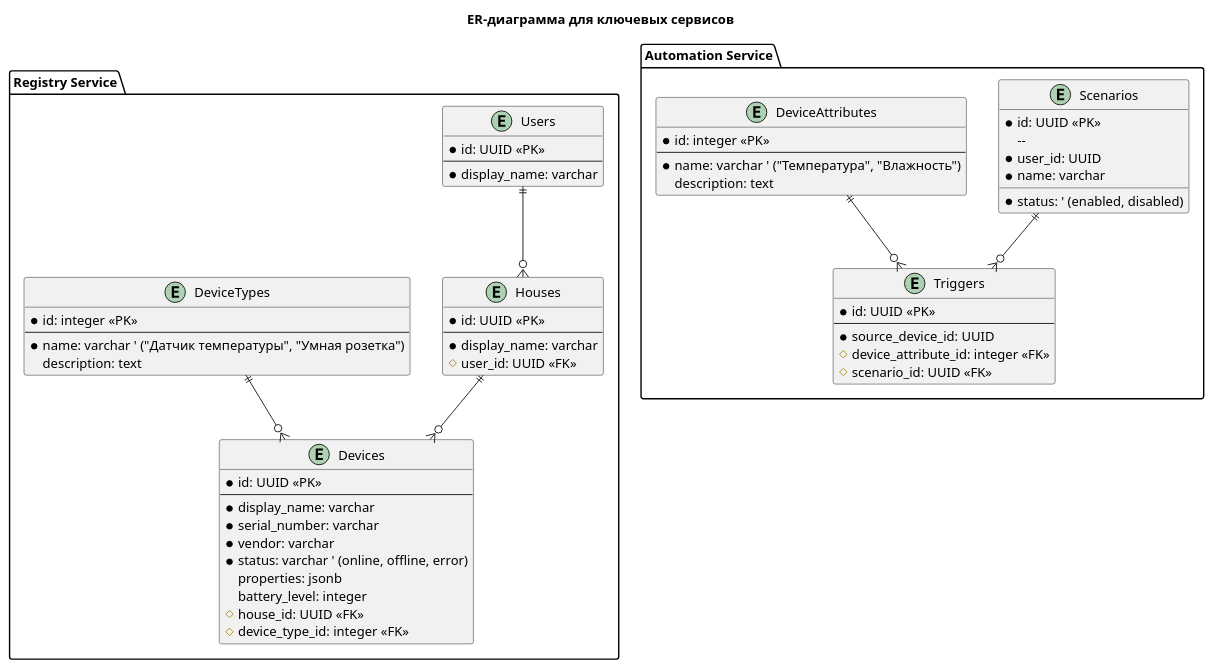
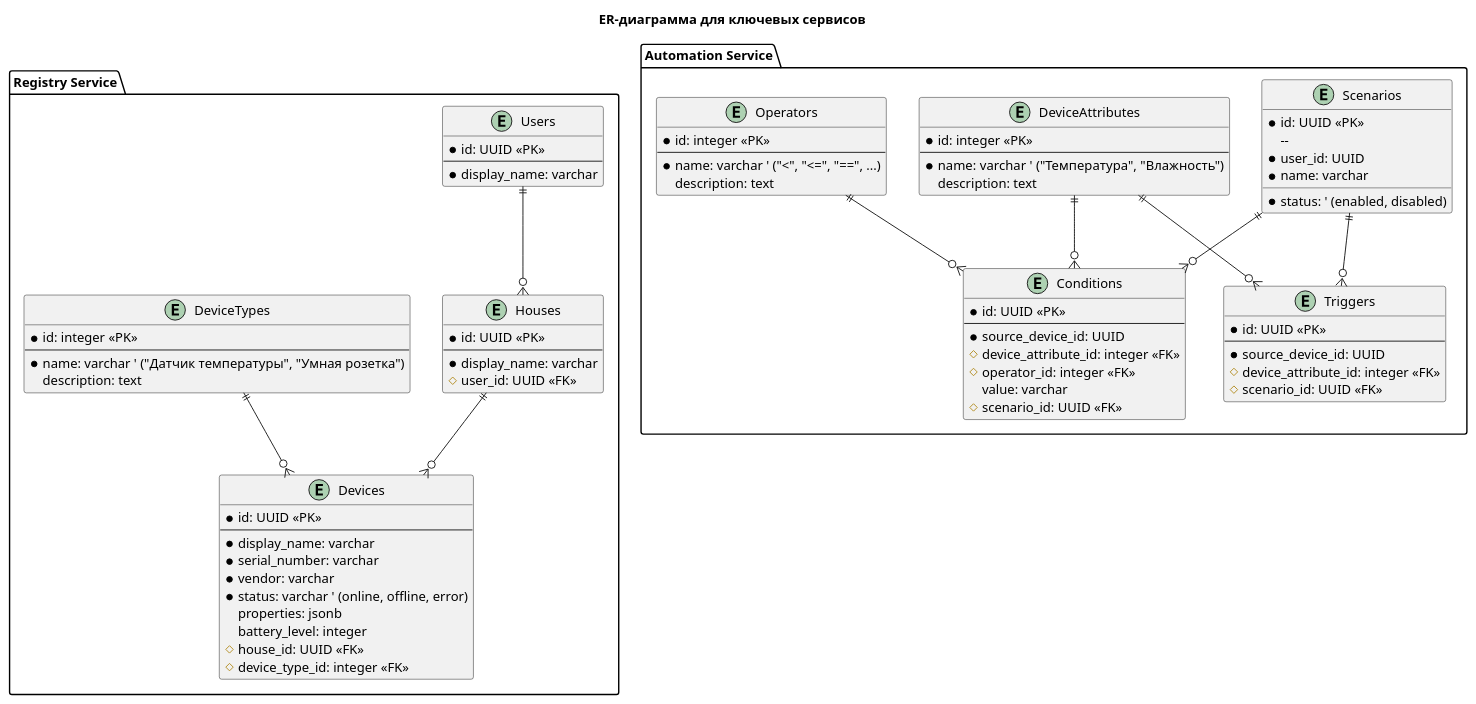
The diagram in docs/diagrams/ER_Diagram_CoreServices.puml (Manjago/arch-pro-sprint1), drawn with PlantUML before and after one commit.

Commit message:
entity "Conditions"

```diff
--- a/docs/diagrams/ER_Diagram_CoreServices.puml
+++ b/docs/diagrams/ER_Diagram_CoreServices.puml
@@ -1,117 +1,150 @@
 @startuml ER_Diagram_CoreServices
 
 title ER-диаграмма для ключевых сервисов
 
 package "Registry Service" {
 
 ' Пользователи
 entity "Users" {
   ' Уникальный идентификатор, синхронизируется с Users Service
   * id: UUID <<PK>>
   --
   ' Отображаемое имя, используется в интерфейсах поддержки
   * display_name: varchar
 }
 
 ' Дома
 entity "Houses" {
   ' Уникальный идентификатор дома
   * id: UUID <<PK>>
   --
   ' Отображаемое имя (например, "Дача")
   * display_name: varchar
   ' Внешний ключ на владельца дома
   # user_id: UUID <<FK>>
 }
 
 ' Устройства
 entity "Devices" {
   ' Уникальный идентификатор устройства
     * id: UUID <<PK>>
     --
   ' Отображаемое имя (например, "Нагреватель в спальне")
     * display_name: varchar
   ' Серийный номер производителя
     * serial_number: varchar
   ' Вендор (по хорошему справочник, но упростим)
     * vendor: varchar
   ' Статус (включен, выключен, поломался)
     * status: varchar ' (online, offline, error)
   ' Дополнительные свойства
     properties: jsonb
   ' Уроверь батареи, в процентах
     battery_level: integer
   ' Внешний ключ на дом
     # house_id: UUID <<FK>>
   ' Внешний ключ на тип устройства
     # device_type_id: integer <<FK>>
   }
 
 ' Типы устройств
 entity "DeviceTypes" {
   ' Уникальный идентификатор типа устройства
     * id: integer <<PK>>
     --
   ' Имя 
     * name: varchar ' ("Датчик температуры", "Умная розетка")
     description: text
   }
 
 
 ' У одного пользователя может быть 0 или больше домов
   Users ||--o{ Houses
 ' В доме может не быть устройств (ил ибыть много)
   Houses ||--o{ Devices
 ' Мы можем знать о типе устройств, но их пока нет
   DeviceTypes ||--o{ Devices
 }
 
 package "Automation Service" {
 
 ' Сценарии
 entity "Scenarios" {
 ' Идентификатор сценария    
   * id: UUID <<PK>>
     --
 ' Идентификатор пользователя, синхронизируется с Users Service
   * user_id: UUID
 ' Человекочитаемое наименование сценария
   * name: varchar
 ' Сценарий активен или приостановлен (enum более расширяемо, чем просто ищщдуфт)
   * status: ' (enabled, disabled)
 }
 
 ' Атрибуты устройств (температура, влажность)
 entity "DeviceAttributes" {
   ' Уникальный идентификатор атрибута
     * id: integer <<PK>>
     --
   ' Имя 
     * name: varchar ' ("Температура", "Влажность")
     description: text
   }
 
 
 ' Триггеры (на что реагируем)
 entity "Triggers" {
 ' Идентификатор триггера
   * id: UUID <<PK>>
   --
 ' На какое устройство реагируем (не внешний ключ, таблицы устройств тут не будет, будет ходить за метаданными чере API)    
   * source_device_id: UUID 
 ' На какое его свойство? Например, "Температура"  
   # device_attribute_id: integer <<FK>>
 ' Триггер связан со сценарием
   # scenario_id: UUID <<FK>>
 }
 
+' Операторы сравнения 
+entity "Operators" {
+  ' Уникальный идентификатор атрибута
+    * id: integer <<PK>>
+    --
+  ' Имя 
+    * name: varchar ' ("<", "<=", "==", ...)
+    description: text
+  }
+
+
+' Условия запуска
+entity "Conditions" {
+  ' Идентификатор условия
+  * id: UUID <<PK>>
+  --
+  ' Устройство, состояние которого проверяем
+  * source_device_id: UUID
+  ' Проверяемое свойство (например, "Температура")
+  # device_attribute_id: integer <<FK>>
+  ' Оператор сравнения (например, "<")
+  # operator_id: integer <<FK>>
+  ' Целевое значение, с которым сравниваем
+  value: varchar
+  ' Условие связано со сценарием
+  # scenario_id: UUID <<FK>>
+}
+
   ' Один атрибут может использоваться во многих триггерах
   DeviceAttributes ||--o{ Triggers
-' У одного сценария может быть один или несколько триггеров
+  ' Один атрибут может использоваться во многих условиях
+  DeviceAttributes ||--o{ Conditions
+' У одного сценария может быть ноль или несколько триггеров
   Scenarios ||--o{ Triggers
-
+' У одного сценария может быть ноль или несколько условий
+  Scenarios ||--o{ Conditions
+' Один оператор может использоваться во многих условиях
+  Operators ||--o{ Conditions
 }
 
 
 
 @enduml
```
